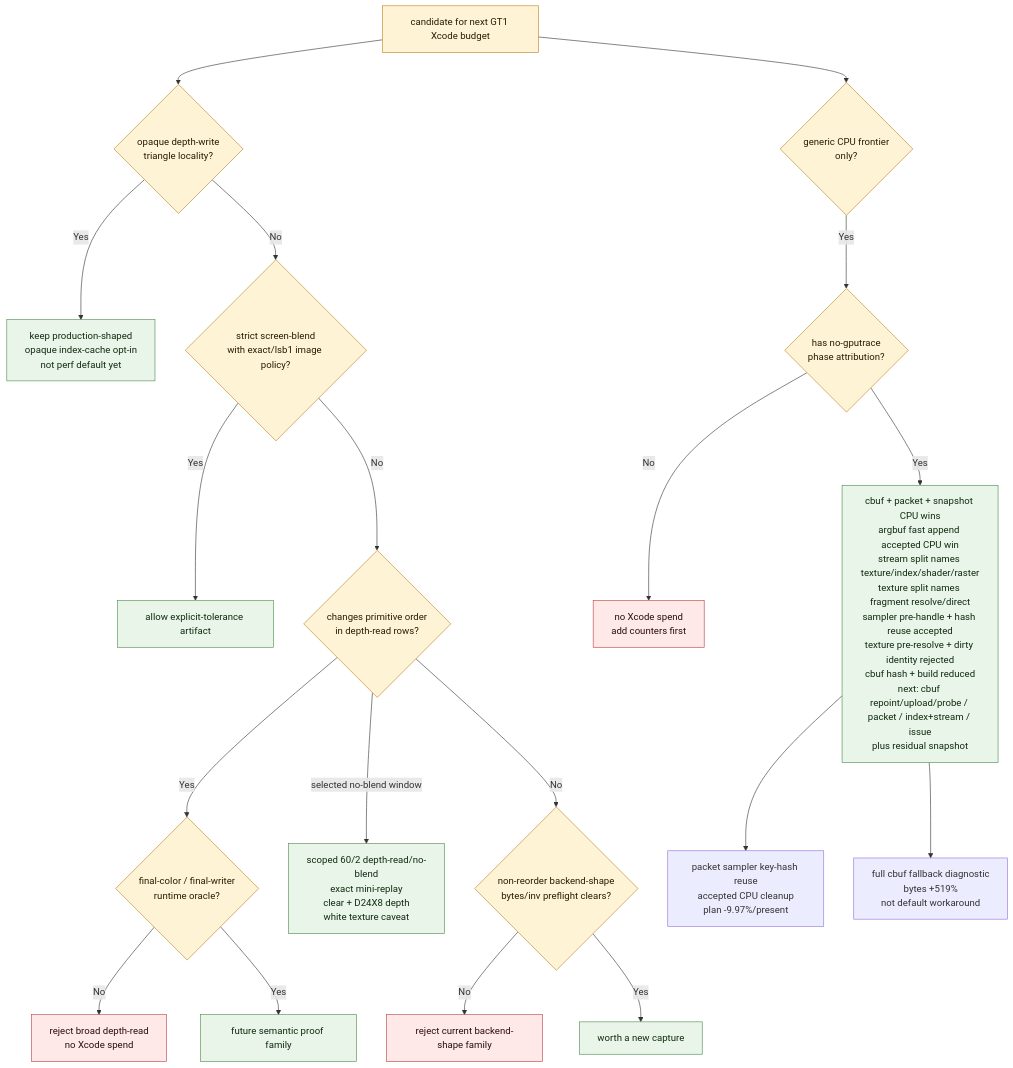
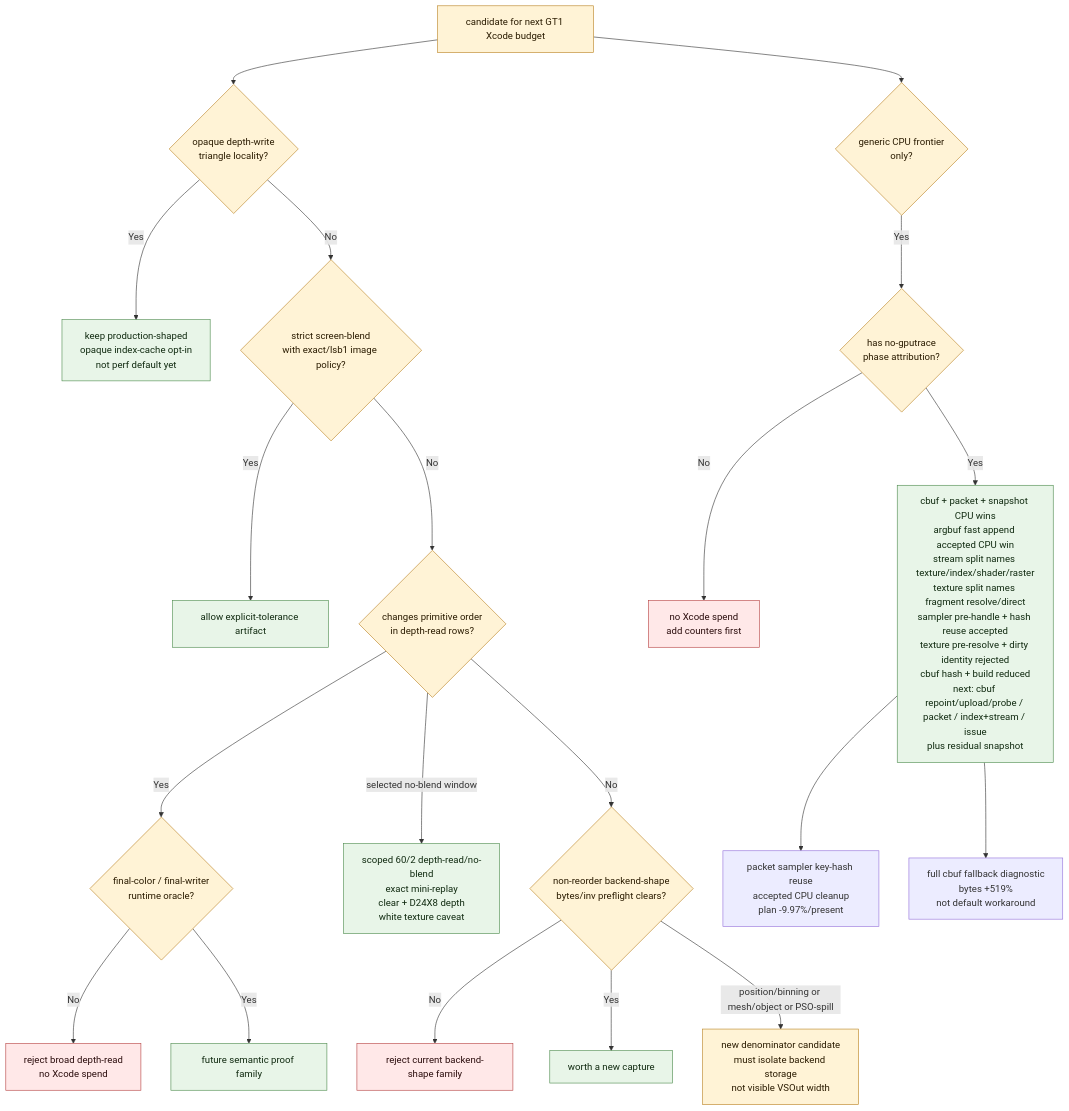
The third of 3 diagrams in docs/perfomance/overview-3dmark05-gt1.md (dfdgsdfg/dxmt9), drawn with Mermaid before and after one commit. The commit also changed other lines of this file, not shown here.

Commit message:
Document GT1 backend storage limits

````diff
--- a/docs/perfomance/overview-3dmark05-gt1.md
+++ b/docs/perfomance/overview-3dmark05-gt1.md
@@ -149,29 +172,31 @@
 ```mermaid
 flowchart TD
   Start["candidate for next GT1 Xcode budget"] --> Opaque{"opaque depth-write\ntriangle locality?"}
   Opaque -- "Yes" --> Keep["keep production-shaped\nopaque index-cache opt-in\nnot perf default yet"]
   Opaque -- "No" --> Screen{"strict screen-blend\nwith exact/lsb1 image policy?"}
   Screen -- "Yes" --> Explicit["allow explicit-tolerance artifact"]
   Screen -- "No" --> Broad{"changes primitive order\nin depth-read rows?"}
   Broad -- "Yes" --> Oracle{"final-color / final-writer\nruntime oracle?"}
   Oracle -- "No" --> RejectBroad["reject broad depth-read\nno Xcode spend"]
   Oracle -- "Yes" --> FutureOracle["future semantic proof family"]
   Broad -- "selected no-blend window" --> ScopedDepth["scoped 60/2 depth-read/no-blend\nexact mini-replay\nclear + D24X8 depth\nwhite texture caveat"]
   Broad -- "No" --> Backend{"non-reorder backend-shape\nbytes/inv preflight clears?"}
   Backend -- "No" --> RejectBackend["reject current backend-shape family"]
   Backend -- "Yes" --> Spend["worth a new capture"]
+  Backend -- "position/binning or mesh/object or PSO-spill" --> NewBackend["new denominator candidate\nmust isolate backend storage\nnot visible VSOut width"]
   Start --> Cpu{"generic CPU frontier\nonly?"}
   Cpu -- "Yes" --> CpuProbe{"has no-gputrace\nphase attribution?"}
   CpuProbe -- "No" --> CpuReject["no Xcode spend\nadd counters first"]
   CpuProbe -- "Yes" --> CpuNarrow["cbuf + packet + snapshot CPU wins\nargbuf fast append accepted CPU win\nstream split names texture/index/shader/raster\ntexture split names fragment resolve/direct\nsampler pre-handle + hash reuse accepted\ntexture pre-resolve + dirty identity rejected\ncbuf hash + build reduced\nnext: cbuf repoint/upload/probe / packet / index+stream / issue\nplus residual snapshot"]
   CpuNarrow --> Packet21["packet sampler key-hash reuse\naccepted CPU cleanup\nplan -9.97%/present"]
   CpuNarrow --> FullCbufDiag["full cbuf fallback diagnostic\nbytes +519%\nnot default workaround"]
 
   classDef good fill:#e8f5e8,stroke:#4d8b4d,color:#102a10
   classDef warn fill:#fff3d6,stroke:#b98222,color:#2a1b00
   classDef bad fill:#ffe8e8,stroke:#b64242,color:#2b0d0d
   class Keep,Explicit,FutureOracle,Spend,ScopedDepth good
   class Start,Opaque,Screen,Broad,Oracle,Backend,Cpu,CpuProbe warn
+  class NewBackend warn
   class CpuNarrow good
   class RejectBroad,RejectBackend,CpuReject bad
 ```
````
